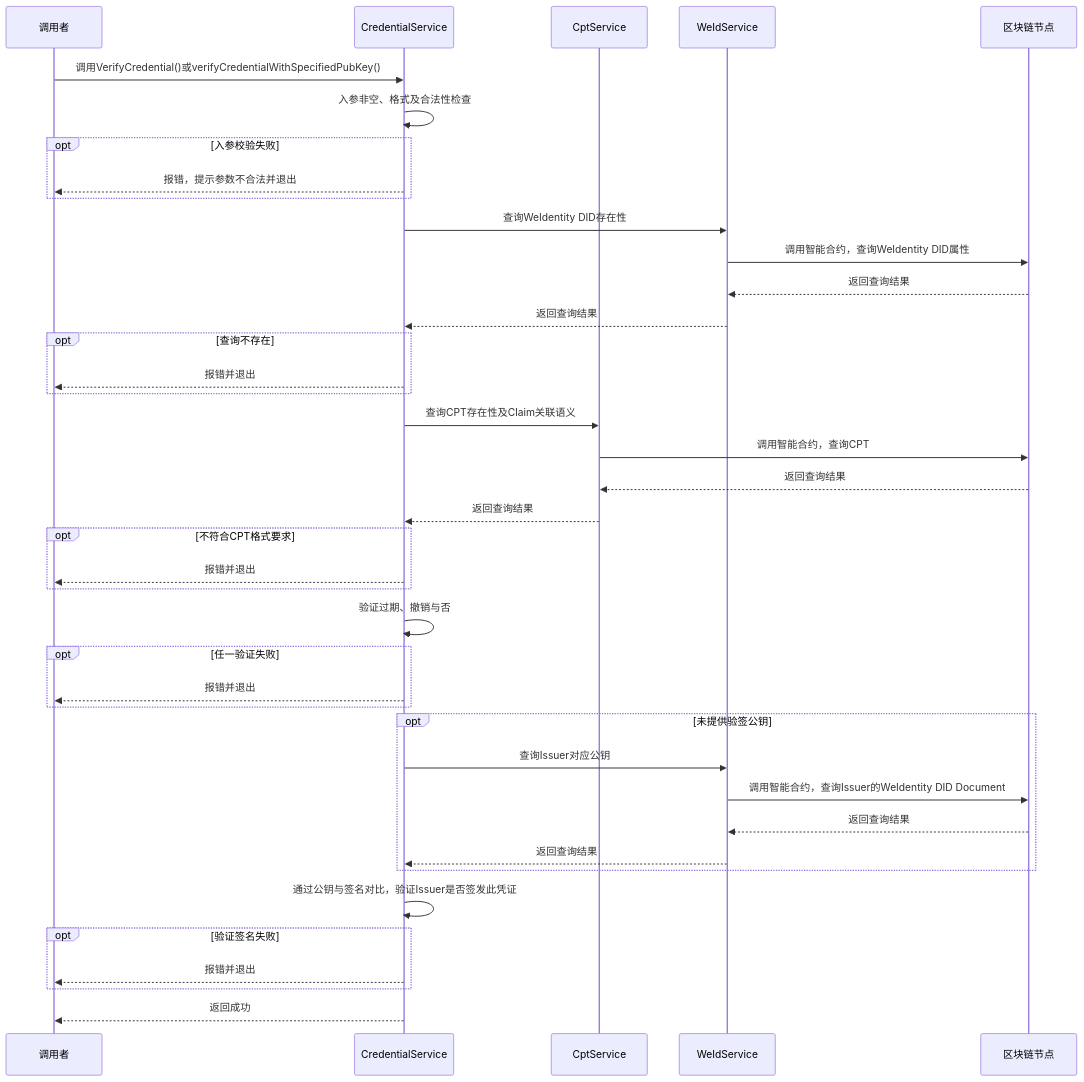
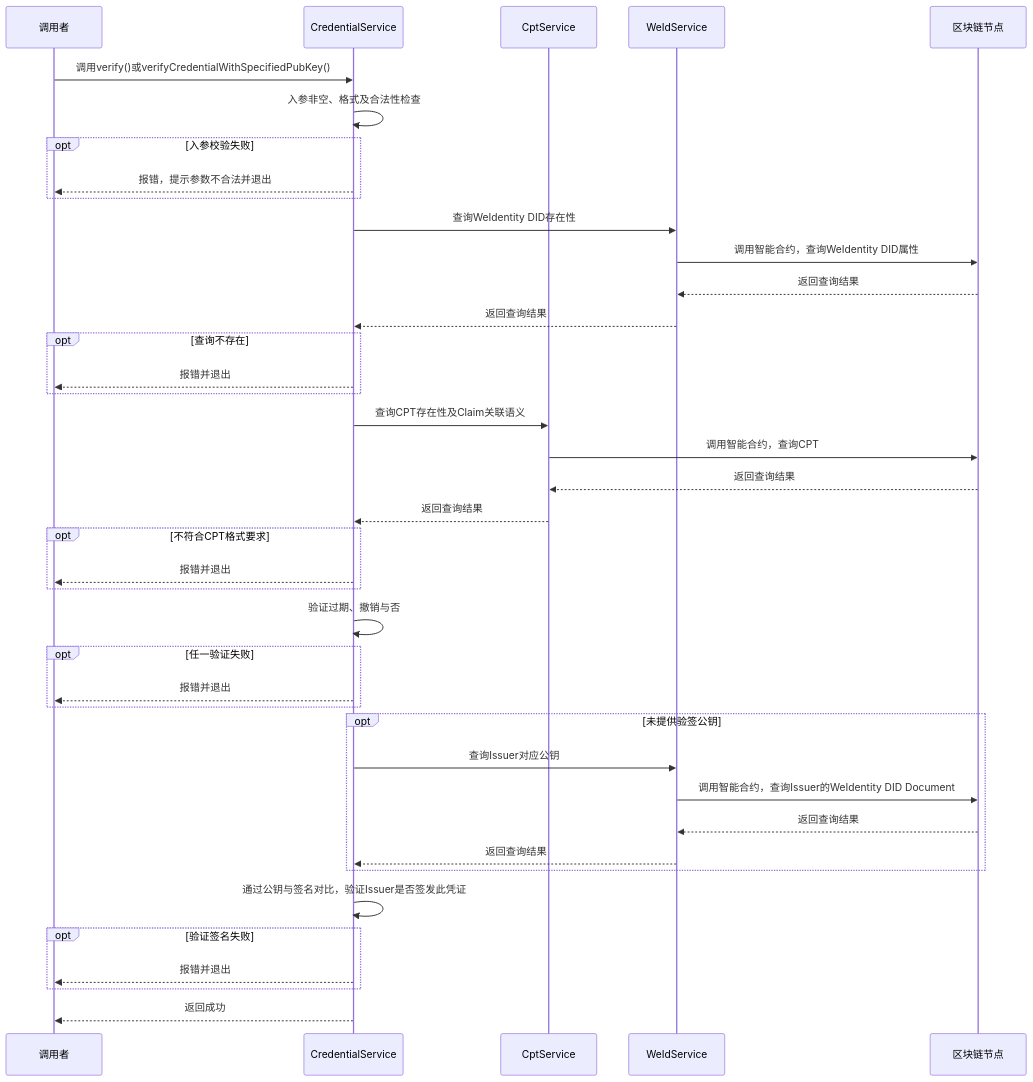
Before and after one commit to WeBankBlockchain/WeIdentity: the ninth of 20 diagrams in docs/zh_CN/docs/weidentity-java-sdk-doc.rst, drawn with Mermaid. The commit also changed other lines of this file, not shown here.

Commit message:
* fixed SDK DOC * add sequence diagram for isWeIdExist

```diff
--- a/docs/zh_CN/docs/weidentity-java-sdk-doc.rst
+++ b/docs/zh_CN/docs/weidentity-java-sdk-doc.rst
@@ -1740,42 +2370,42 @@
 .. mermaid::
 
    sequenceDiagram
    participant 调用者
    participant CredentialService
    participant CptService
    participant WeIdService
    participant 区块链节点
-   调用者->>CredentialService: 调用VerifyCredential()或verifyCredentialWithSpecifiedPubKey()
+   调用者->>CredentialService: 调用verify()或verifyCredentialWithSpecifiedPubKey()
    CredentialService->>CredentialService: 入参非空、格式及合法性检查
    opt 入参校验失败
    CredentialService-->>调用者: 报错，提示参数不合法并退出
    end
    CredentialService->>WeIdService: 查询WeIdentity DID存在性
    WeIdService->>区块链节点: 调用智能合约，查询WeIdentity DID属性
    区块链节点-->>WeIdService: 返回查询结果
    WeIdService-->>CredentialService: 返回查询结果
    opt 查询不存在
    CredentialService-->>调用者: 报错并退出
    end
    CredentialService->>CptService: 查询CPT存在性及Claim关联语义
    CptService->>区块链节点: 调用智能合约，查询CPT
    区块链节点-->>CptService: 返回查询结果
    CptService-->>CredentialService: 返回查询结果
    opt 不符合CPT格式要求
    CredentialService-->>调用者: 报错并退出
    end
    CredentialService->>CredentialService: 验证过期、撤销与否
    opt 任一验证失败
    CredentialService-->>调用者: 报错并退出
    end
    opt 未提供验签公钥
    CredentialService->>WeIdService: 查询Issuer对应公钥
    WeIdService->>区块链节点: 调用智能合约，查询Issuer的WeIdentity DID Document
    区块链节点-->>WeIdService: 返回查询结果
    WeIdService-->>CredentialService: 返回查询结果
    end
    CredentialService->>CredentialService: 通过公钥与签名对比，验证Issuer是否签发此凭证
    opt 验证签名失败
    CredentialService-->>调用者: 报错并退出
    end
    CredentialService-->>调用者: 返回成功
```
